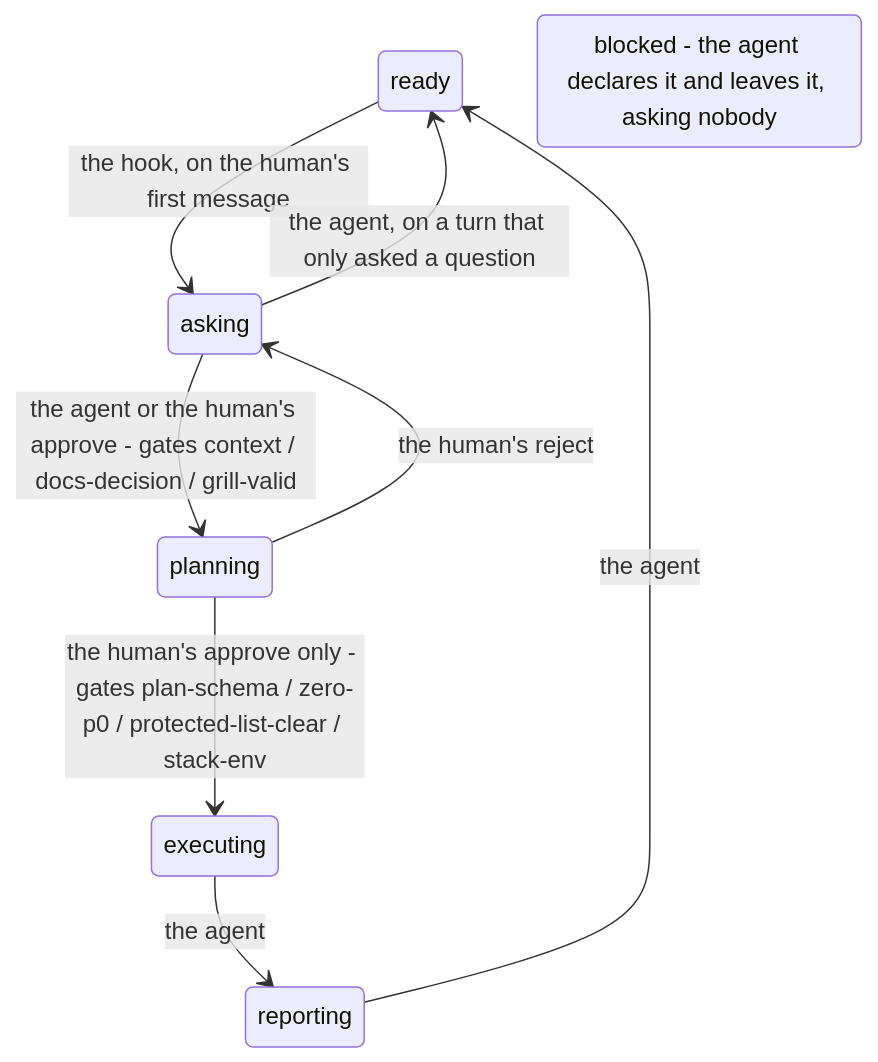
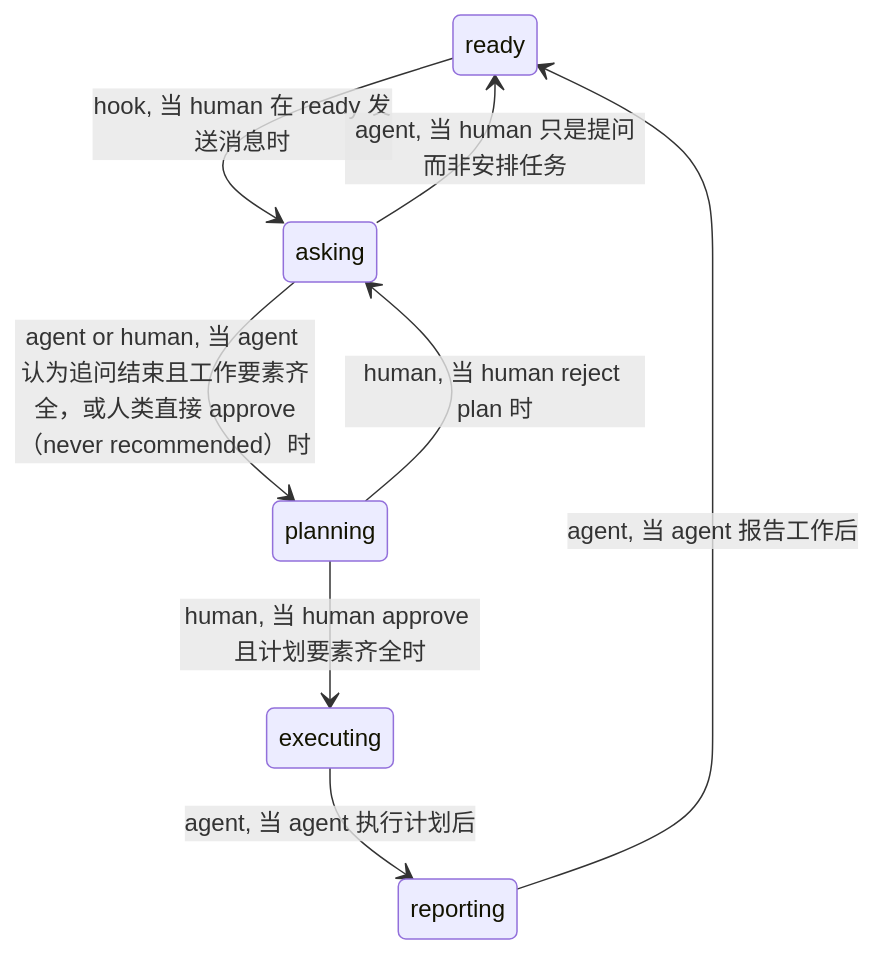
Before and after one commit to IcySycamore/ocf-gate: the diagram in README.md, drawn with Mermaid. The commit also changed other lines of this file and 1 other file, not shown here.

````diff
--- a/README.md
+++ b/README.md
@@ -51,11 +90,10 @@
 ```mermaid
 stateDiagram-v2
-    ready --> asking: the hook, on the human's first message
-    asking --> planning: the agent or the human's approve - gates context / docs-decision / grill-valid
-    planning --> executing: the human's approve only - gates plan-schema / zero-p0 / protected-list-clear / stack-env
-    executing --> reporting: the agent
-    reporting --> ready: the agent
-    planning --> asking: the human's reject
-    asking --> ready: the agent, on a turn that only asked a question
-    blocked: blocked - the agent declares it and leaves it, asking nobody
+    ready --> asking: hook, 当 human 在 ready 发送消息时
+    asking --> planning: agent or human, 当 agent 认为追问结束且工作要素齐全，或人类直接 approve（never recommended）时
+    planning --> executing: human, 当 human approve 且计划要素齐全时
+    executing --> reporting: agent, 当 agent 执行计划后
+    reporting --> ready: agent, 当 agent 报告工作后
+    planning --> asking: human, 当 human reject plan 时
+    asking --> ready: agent, 当 human 只是提问而非安排任务
 ```
````
